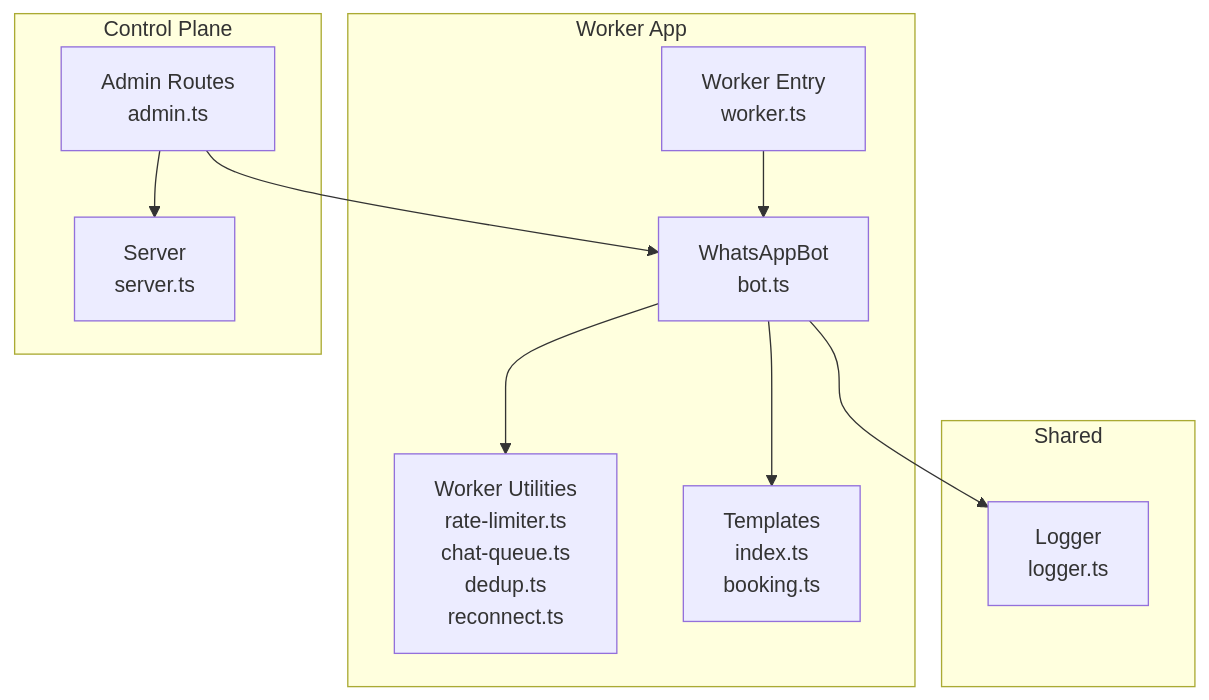
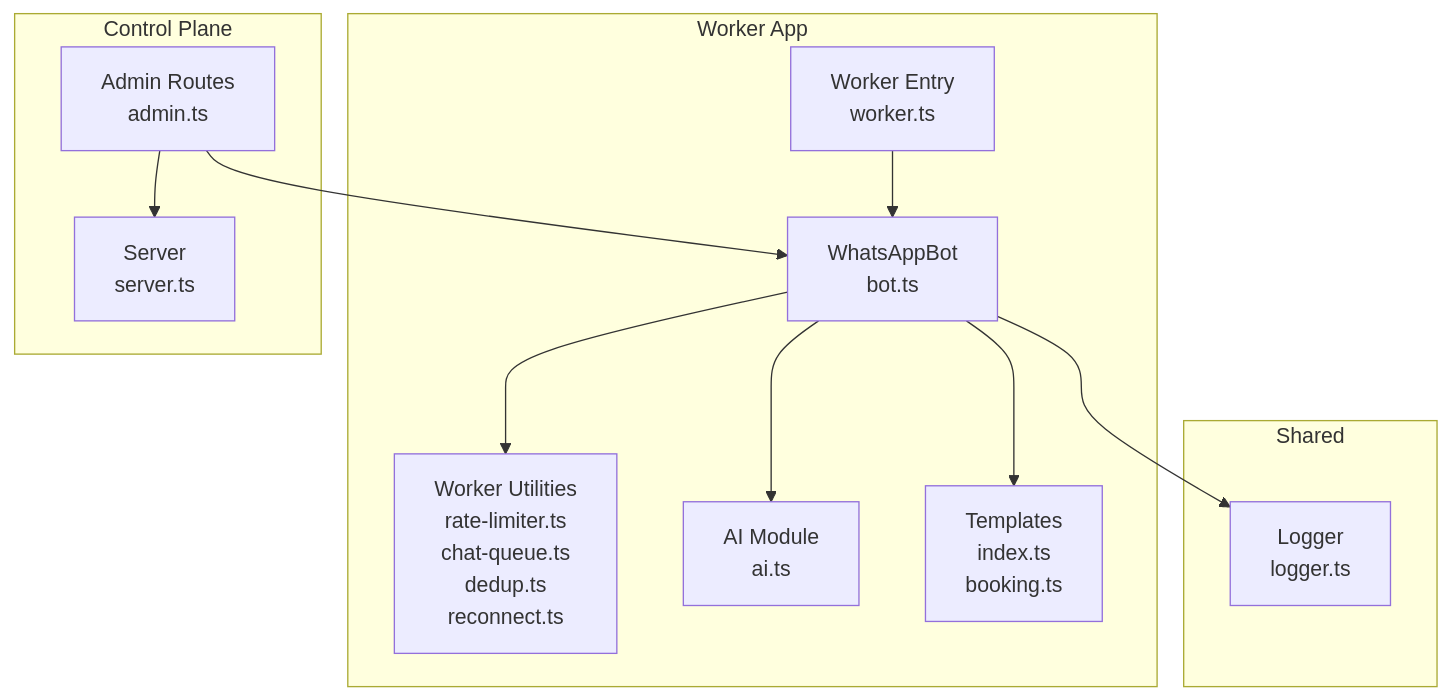
The first of 10 diagrams in .qoder/repowiki/en/content/Worker Utilities/Worker Utilities.md (askchiwa-spec/FLOW-HQ-BOT), drawn with Mermaid before and after one commit. The commit also changed other lines of this file and 27 other files, not shown here.

````diff
--- a/.qoder/repowiki/en/content/Worker Utilities/Worker Utilities.md
+++ b/.qoder/repowiki/en/content/Worker Utilities/Worker Utilities.md
@@ -47,22 +62,24 @@
 ```mermaid
 graph TB
 subgraph "Worker App"
 WU["Worker Utilities<br/>rate-limiter.ts<br/>chat-queue.ts<br/>dedup.ts<br/>reconnect.ts"]
+AI["AI Module<br/>ai.ts"]
 WB["WhatsAppBot<br/>bot.ts"]
 WT["Worker Entry<br/>worker.ts"]
 TP["Templates<br/>index.ts<br/>booking.ts"]
 end
 subgraph "Shared"
 LG["Logger<br/>logger.ts"]
 end
 subgraph "Control Plane"
 CP["Admin Routes<br/>admin.ts"]
 SV["Server<br/>server.ts"]
 end
 WT --> WB
 WB --> WU
+WB --> AI
 WB --> LG
 WB --> TP
 CP --> SV
 CP --> WB
 ```
````
